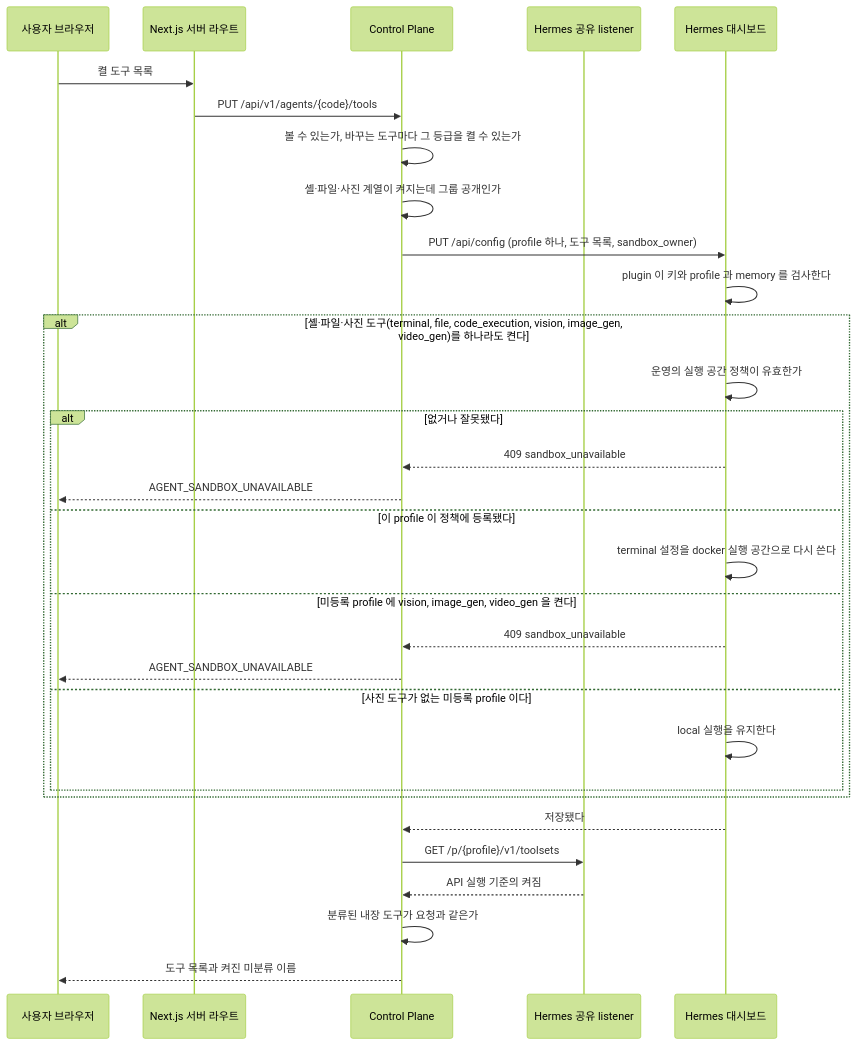
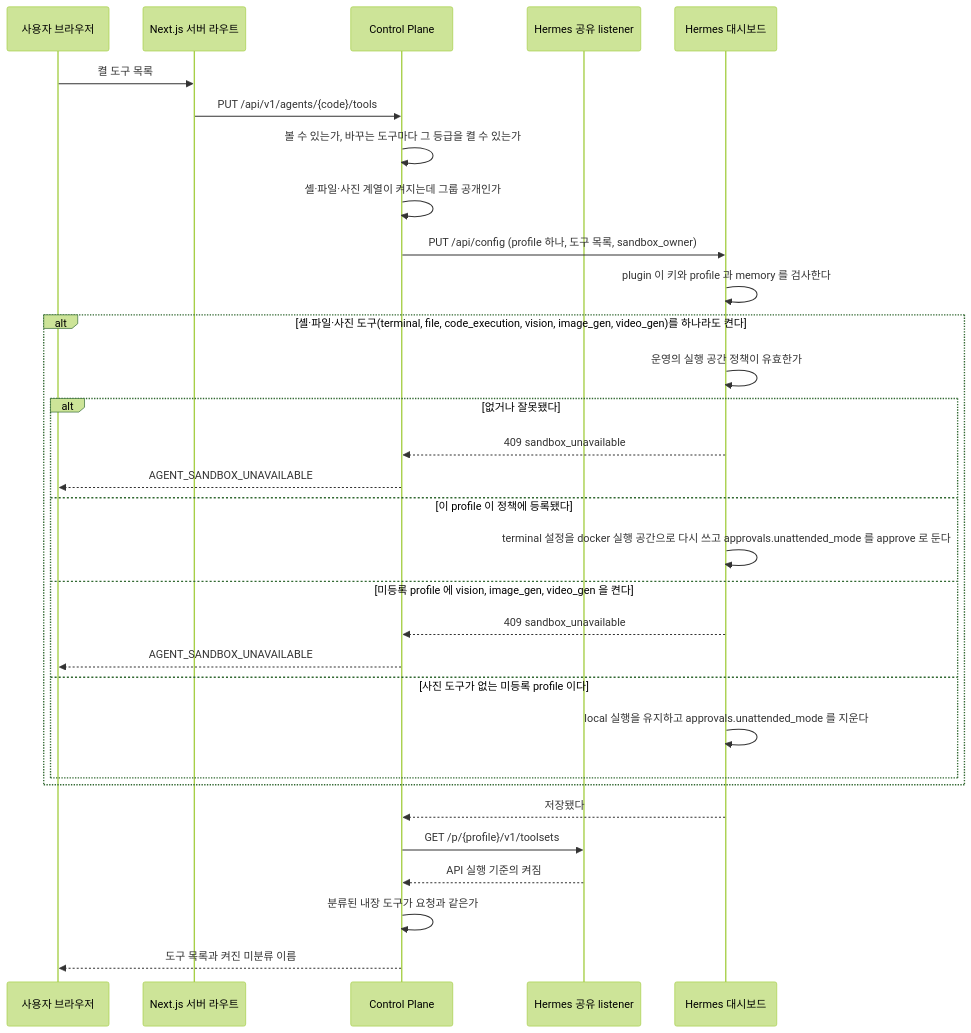
The second of 2 diagrams in docs/backend/agent.md (jon890/fos-assistant), drawn with Mermaid (forest theme) before and after one commit. The commit also changed 5 other files, not shown here.

````diff
--- a/docs/backend/agent.md
+++ b/docs/backend/agent.md
@@ -203,34 +203,34 @@
 ```mermaid
 sequenceDiagram
     participant U as 사용자 브라우저
     participant W as Next.js 서버 라우트
     participant C as Control Plane
     participant L as Hermes 공유 listener
     participant D as Hermes 대시보드
 
     U->>W: 켤 도구 목록
     W->>C: PUT /api/v1/agents/{code}/tools
     C->>C: 볼 수 있는가, 바꾸는 도구마다 그 등급을 켤 수 있는가
     C->>C: 셸·파일·사진 계열이 켜지는데 그룹 공개인가
     C->>D: PUT /api/config (profile 하나, 도구 목록, sandbox_owner)
     D->>D: plugin 이 키와 profile 과 memory 를 검사한다
     alt 셸·파일·사진 도구(terminal, file, code_execution, vision, image_gen, video_gen)를 하나라도 켠다
         D->>D: 운영의 실행 공간 정책이 유효한가
         alt 없거나 잘못됐다
             D-->>C: 409 sandbox_unavailable
             C-->>U: AGENT_SANDBOX_UNAVAILABLE
         else 이 profile 이 정책에 등록됐다
-            D->>D: terminal 설정을 docker 실행 공간으로 다시 쓴다
+            D->>D: terminal 설정을 docker 실행 공간으로 다시 쓰고 approvals.unattended_mode 를 approve 로 둔다
         else 미등록 profile 에 vision, image_gen, video_gen 을 켠다
             D-->>C: 409 sandbox_unavailable
             C-->>U: AGENT_SANDBOX_UNAVAILABLE
         else 사진 도구가 없는 미등록 profile 이다
-            D->>D: local 실행을 유지한다
+            D->>D: local 실행을 유지하고 approvals.unattended_mode 를 지운다
         end
     end
     D-->>C: 저장됐다
     C->>L: GET /p/{profile}/v1/toolsets
     L-->>C: API 실행 기준의 켜짐
     C->>C: 분류된 내장 도구가 요청과 같은가
     C-->>U: 도구 목록과 켜진 미분류 이름
 ```
````
